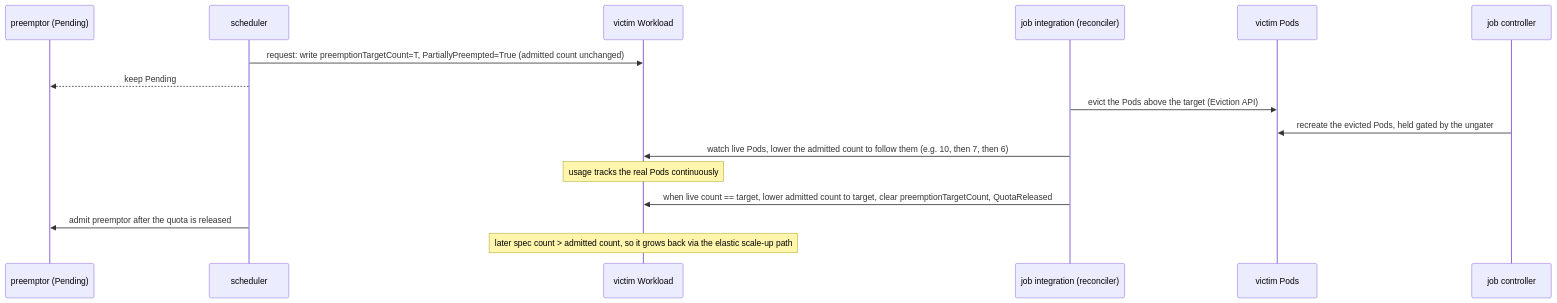
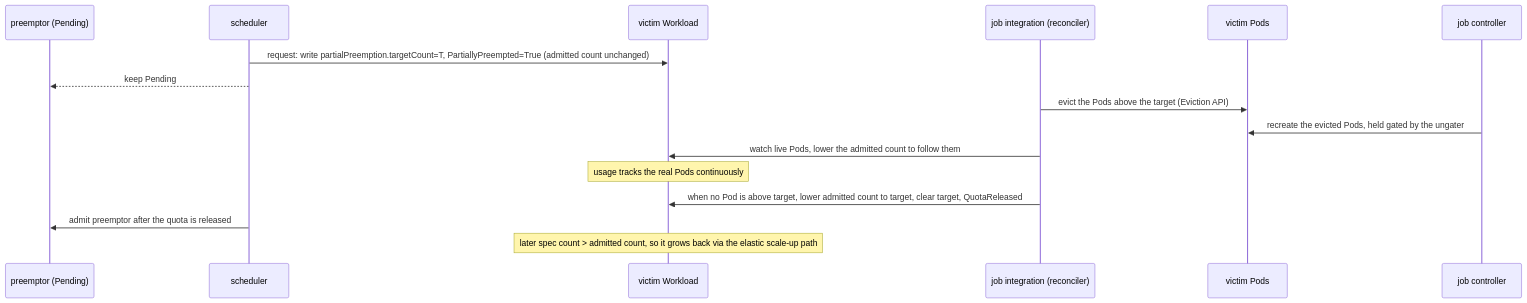
One commit to kubernetes-sigs/kueue changed the diagram in keps/975-partial-preemption/README.md. Above: the diagram before and after it, drawn with Mermaid. The commit also changed other lines of this file and 1 other file, not shown here.

````diff
--- a/keps/975-partial-preemption/README.md
+++ b/keps/975-partial-preemption/README.md
@@ -293,18 +306,18 @@
 ```mermaid
 sequenceDiagram
     participant P as preemptor (Pending)
     participant S as scheduler
     participant W as victim Workload
     participant I as job integration (reconciler)
     participant Pods as victim Pods
     participant J as job controller
-    S->>W: request: write preemptionTargetCount=T, PartiallyPreempted=True (admitted count unchanged)
+    S->>W: request: write partialPreemption.targetCount=T, PartiallyPreempted=True (admitted count unchanged)
     S-->>P: keep Pending
     I->>Pods: evict the Pods above the target (Eviction API)
     J->>Pods: recreate the evicted Pods, held gated by the ungater
-    I->>W: watch live Pods, lower the admitted count to follow them (e.g. 10, then 7, then 6)
+    I->>W: watch live Pods, lower the admitted count to follow them
     Note over W: usage tracks the real Pods continuously
-    I->>W: when live count == target, lower admitted count to target, clear preemptionTargetCount, QuotaReleased
+    I->>W: when no Pod is above target, lower admitted count to target, clear target, QuotaReleased
     S->>P: admit preemptor after the quota is released
     Note over W: later spec count > admitted count, so it grows back via the elastic scale-up path
 ```
````
